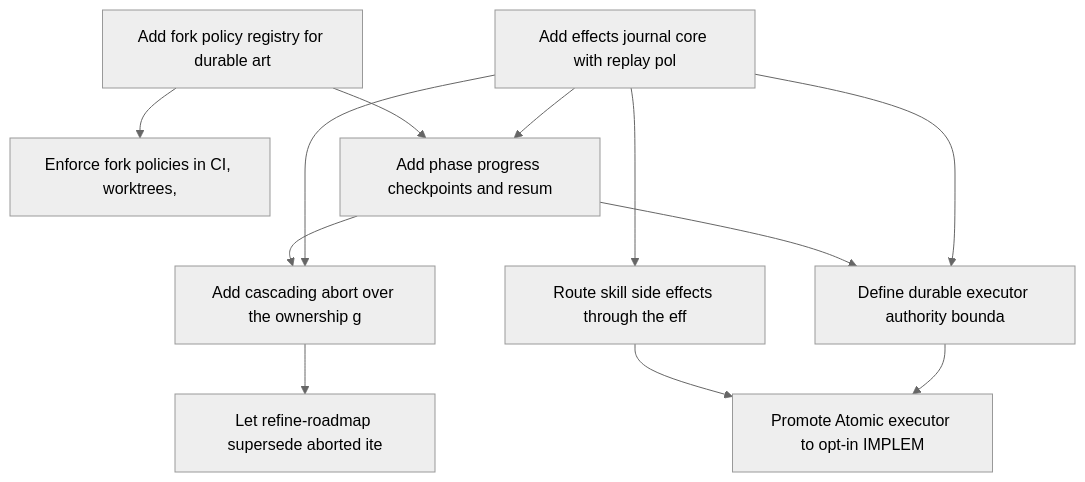
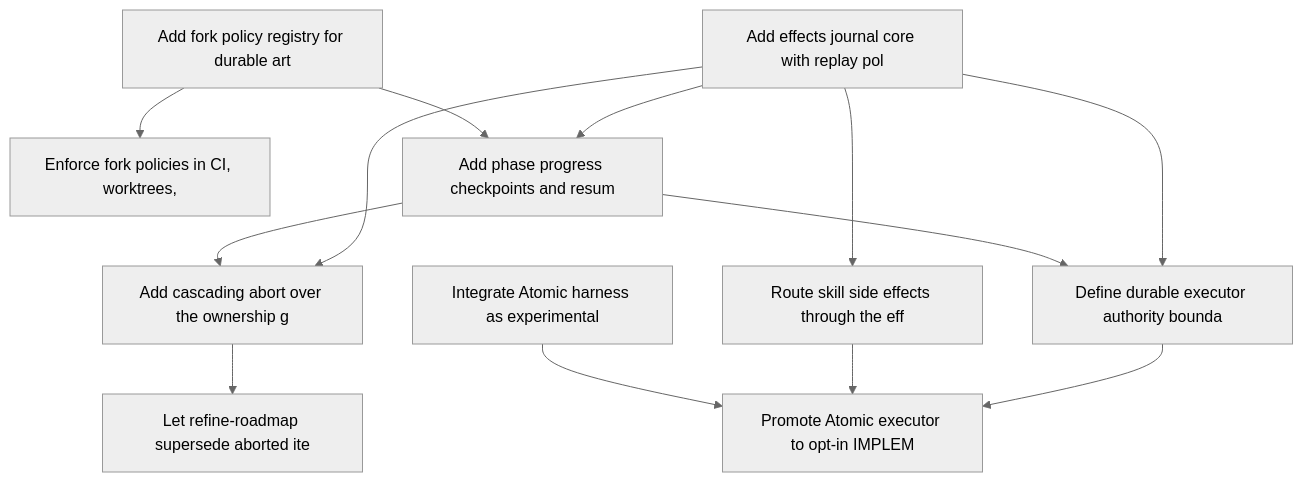
The diagram in openspec/roadmaps/durable-execution/roadmap.md (jankneumann/agentic-coding-tools), drawn with Mermaid (neutral theme) before and after one commit. The commit also changed other lines of this file and 1 other file, not shown here.

First line of the commit message:
feat(roadmap): refine durable-execution

````diff
--- a/openspec/roadmaps/durable-execution/roadmap.md
+++ b/openspec/roadmaps/durable-execution/roadmap.md
@@ -26,23 +26,25 @@
 ```mermaid
 graph TD
     ri-01["Add effects journal core with replay pol"]
     ri-02["Route skill side effects through the eff"]
     ri-03["Add fork policy registry for durable art"]
     ri-04["Enforce fork policies in CI, worktrees, "]
     ri-05["Add phase progress checkpoints and resum"]
     ri-06["Add cascading abort over the ownership g"]
     ri-07["Let refine-roadmap supersede aborted ite"]
     ri-08["Define durable executor authority bounda"]
+    ri-10["Integrate Atomic harness as experimental"]
     ri-09["Promote Atomic executor to opt-in IMPLEM"]
     ri-01 --> ri-02
     ri-03 --> ri-04
     ri-01 --> ri-05
     ri-03 --> ri-05
     ri-01 --> ri-06
     ri-05 --> ri-06
     ri-06 --> ri-07
     ri-01 --> ri-08
     ri-05 --> ri-08
     ri-08 --> ri-09
     ri-02 --> ri-09
+    ri-10 --> ri-09
 ```
````
